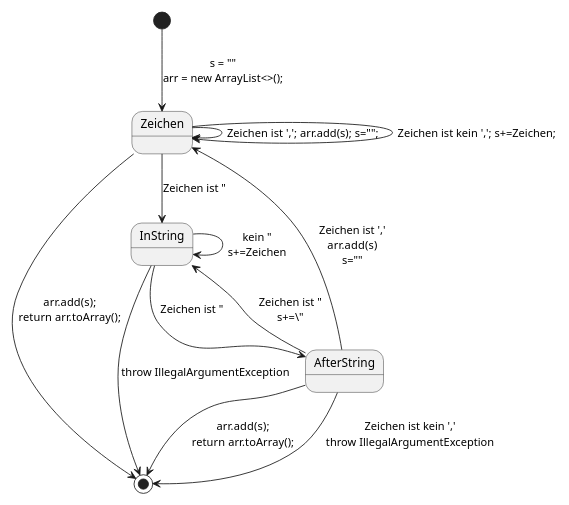
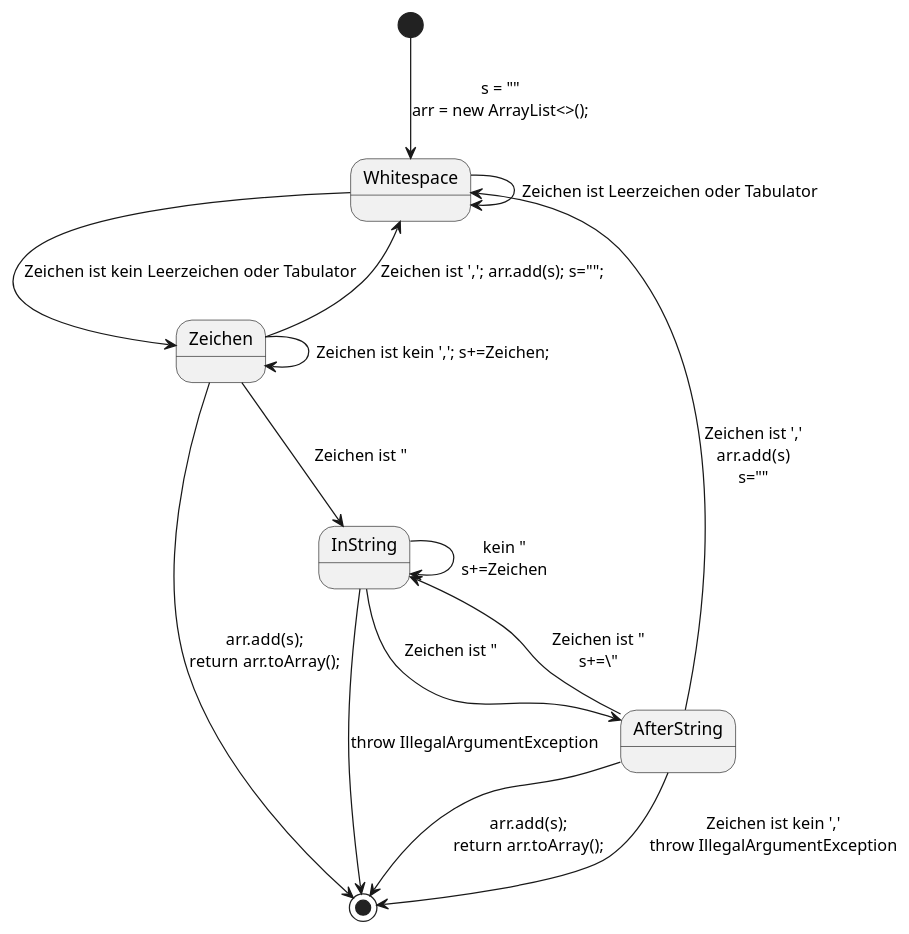
One commit to 1182-25-HTL3R/1182-25-HTL3R changed the diagram in ue03/src/csv/FSM_CSVReader.puml. Above: the diagram before and after it, drawn with PlantUML.

Commit message:
ue03_FSM_CSVReader: Hinzufügen des States Whitespace

```diff
--- a/ue03/src/csv/FSM_CSVReader.puml
+++ b/ue03/src/csv/FSM_CSVReader.puml
@@ -8,18 +8,20 @@
 @startuml
 'https://plantuml.com/state-diagram
 
-scale 500 width
-[*] --> Zeichen: s = ""\narr = new ArrayList<>();
-Zeichen --> Zeichen: Zeichen ist ','; arr.add(s); s="";\t
+scale 800 width
+[*] --> Whitespace: s = ""\narr = new ArrayList<>();
+Whitespace --> Whitespace: Zeichen ist Leerzeichen oder Tabulator
+Whitespace --> Zeichen: Zeichen ist kein Leerzeichen oder Tabulator
+Zeichen --> Whitespace: Zeichen ist ','; arr.add(s); s="";\t
 Zeichen --> Zeichen: Zeichen ist kein ','; s+=Zeichen;
 Zeichen --> [*]: arr.add(s);\nreturn arr.toArray();
 Zeichen --> InString: Zeichen ist "
 InString --> InString: kein "\ns+=Zeichen
 InString --> [*]: throw IllegalArgumentException
 InString --> AfterString: Zeichen ist "
-AfterString --> Zeichen: Zeichen ist ','\narr.add(s)\ns=""
+AfterString --> Whitespace: Zeichen ist ','\narr.add(s)\ns=""
 AfterString --> InString: Zeichen ist "\ns+=\"
 AfterString --> [*]: arr.add(s);\nreturn arr.toArray();
 AfterString --> [*]: Zeichen ist kein ','\nthrow IllegalArgumentException
 
 @enduml
```
